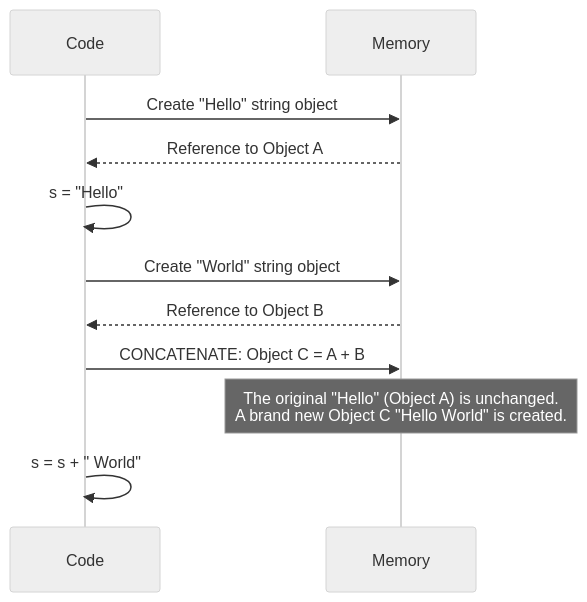
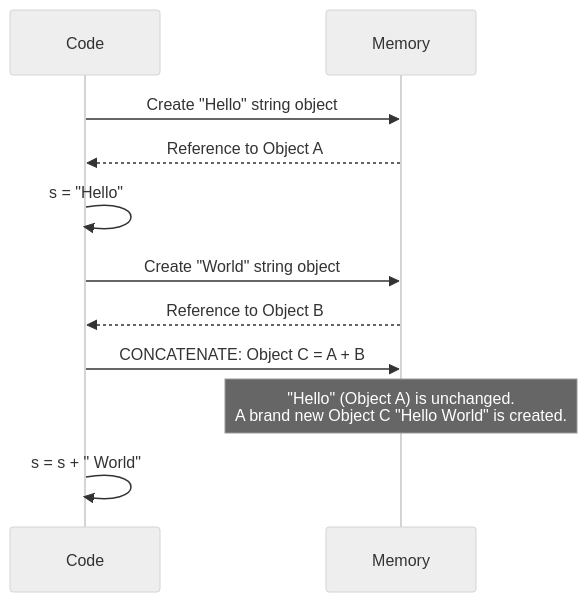
Before and after one commit to mehdihadeli/learn-python: the sixth of 21 diagrams in README.md, drawn with Mermaid (neutral theme). The commit also changed other lines of this file, not shown here.

````diff
--- a/README.md
+++ b/README.md
@@ -871,14 +963,14 @@
 ```mermaid
 sequenceDiagram
     participant Code
     participant Memory
 
     Code->>Memory: Create "Hello" string object
     Memory-->>Code: Reference to Object A
     Code->>Code: s = "Hello"
     Code->>Memory: Create "World" string object
     Memory-->>Code: Reference to Object B
     Code->>Memory: CONCATENATE: Object C = A + B
-    Note over Memory: The original "Hello" (Object A) is unchanged.<br>A brand new Object C "Hello World" is created.
+    Note over Memory: "Hello" (Object A) is unchanged.<br>A brand new Object C "Hello World" is created.
     Code->>Code: s = s + " World"
 ```
````
